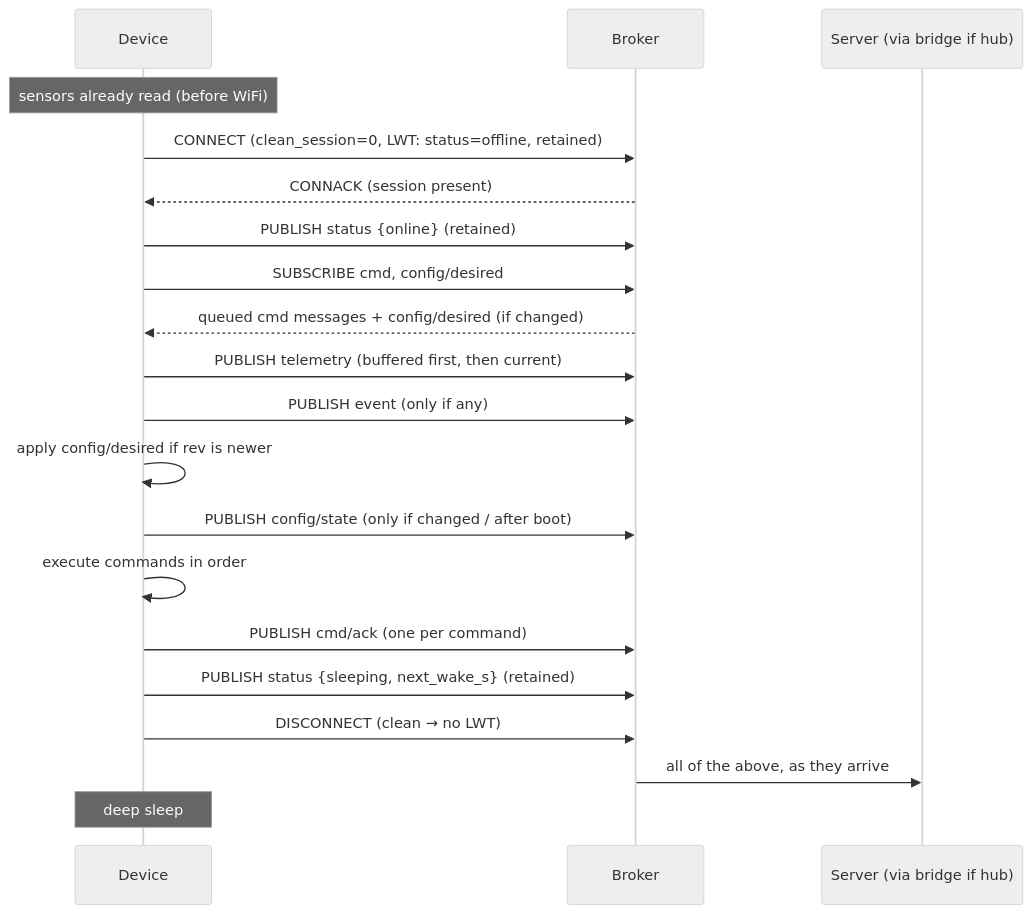
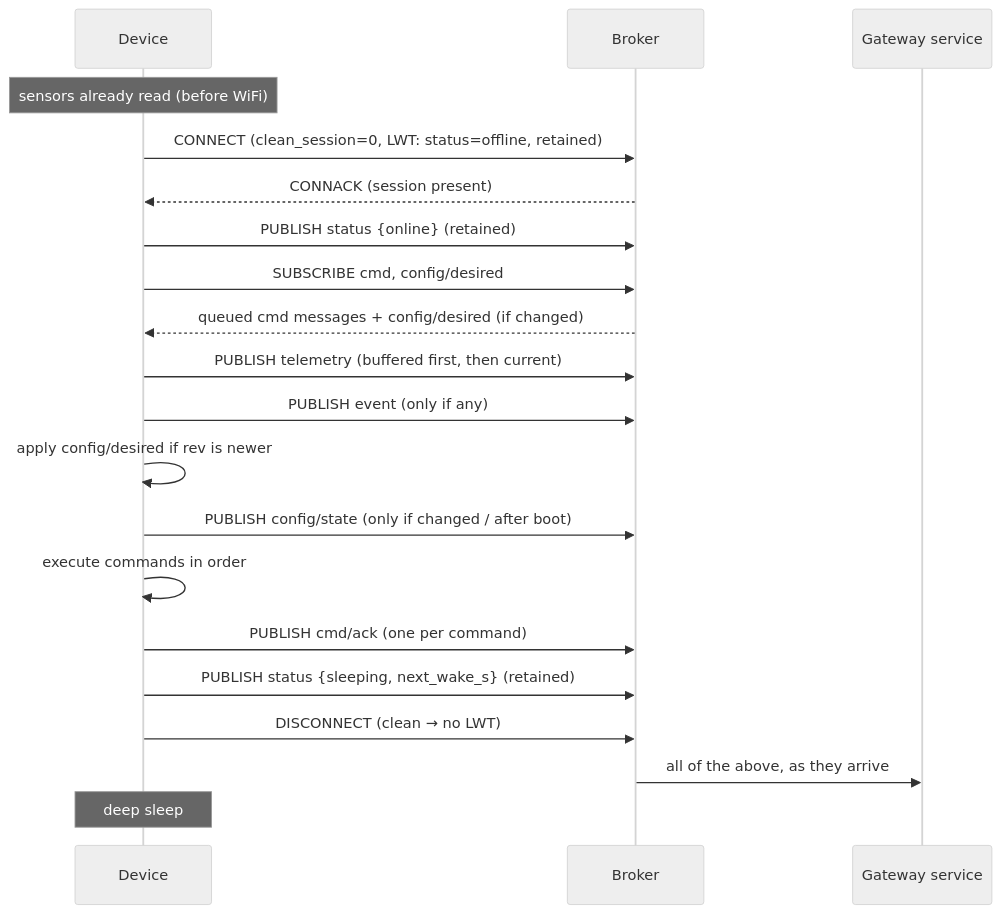
One commit to Hansom17/MoistureController changed the diagram in contracts/mqtt.md. Above: the diagram before and after it, drawn with Mermaid (neutral theme). The commit also changed other lines of this file and 86 other files, not shown here.

````diff
--- a/contracts/mqtt.md
+++ b/contracts/mqtt.md
@@ -290,23 +292,23 @@
 ```mermaid
 sequenceDiagram
     participant Dev as Device
     participant Br as Broker
-    participant Srv as Server (via bridge if hub)
+    participant Srv as Gateway service
 
     Note over Dev: sensors already read (before WiFi)
     Dev->>Br: CONNECT (clean_session=0, LWT: status=offline, retained)
     Br-->>Dev: CONNACK (session present)
     Dev->>Br: PUBLISH status {online} (retained)
     Dev->>Br: SUBSCRIBE cmd, config/desired
     Br-->>Dev: queued cmd messages + config/desired (if changed)
     Dev->>Br: PUBLISH telemetry (buffered first, then current)
     Dev->>Br: PUBLISH event (only if any)
     Dev->>Dev: apply config/desired if rev is newer
     Dev->>Br: PUBLISH config/state (only if changed / after boot)
     Dev->>Dev: execute commands in order
     Dev->>Br: PUBLISH cmd/ack (one per command)
     Dev->>Br: PUBLISH status {sleeping, next_wake_s} (retained)
     Dev->>Br: DISCONNECT (clean → no LWT)
     Br->>Srv: all of the above, as they arrive
     Note over Dev: deep sleep
 ```
````
